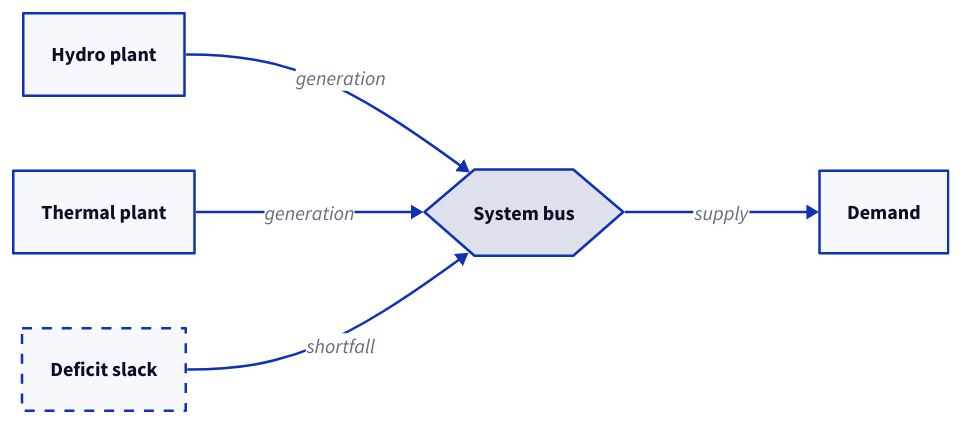
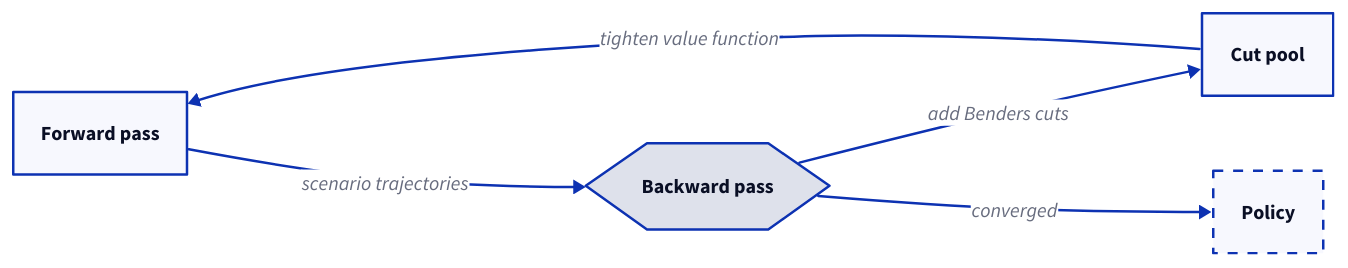
One commit to cobre-rs/cobre-docs changed the second of 2 diagrams in site/src/content/docs/index.mdx. Above: the diagram before and after it, drawn with D2. The commit also changed other lines of this file and 8 other files, not shown here.

````diff
--- a/site/src/content/docs/index.mdx
+++ b/site/src/content/docs/index.mdx
@@ -48,14 +49,13 @@
 ```d2
 direction: right
 
-hydro: Hydro plant
-thermal: Thermal plant
-bus: System bus {shape: hexagon}
-demand: Demand
-deficit: Deficit slack {style.stroke-dash: 4}
+forward: Forward pass
+backward: Backward pass {shape: hexagon}
+cuts: Cut pool
+policy: Policy {style.stroke-dash: 4}
 
-hydro -> bus: generation
-thermal -> bus: generation
-bus -> demand: supply
-deficit -> bus: shortfall
+forward -> backward: scenario trajectories
+backward -> cuts: add Benders cuts
+cuts -> forward: tighten value function
+backward -> policy: converged
 ```
````
